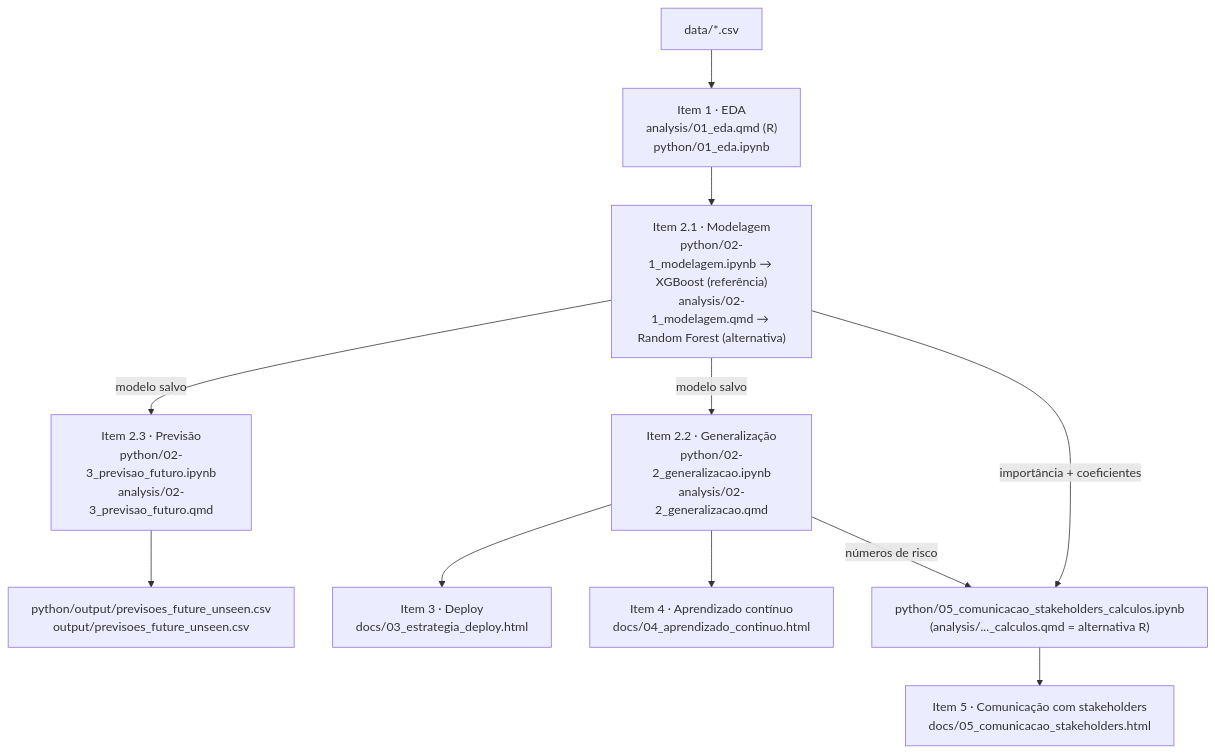
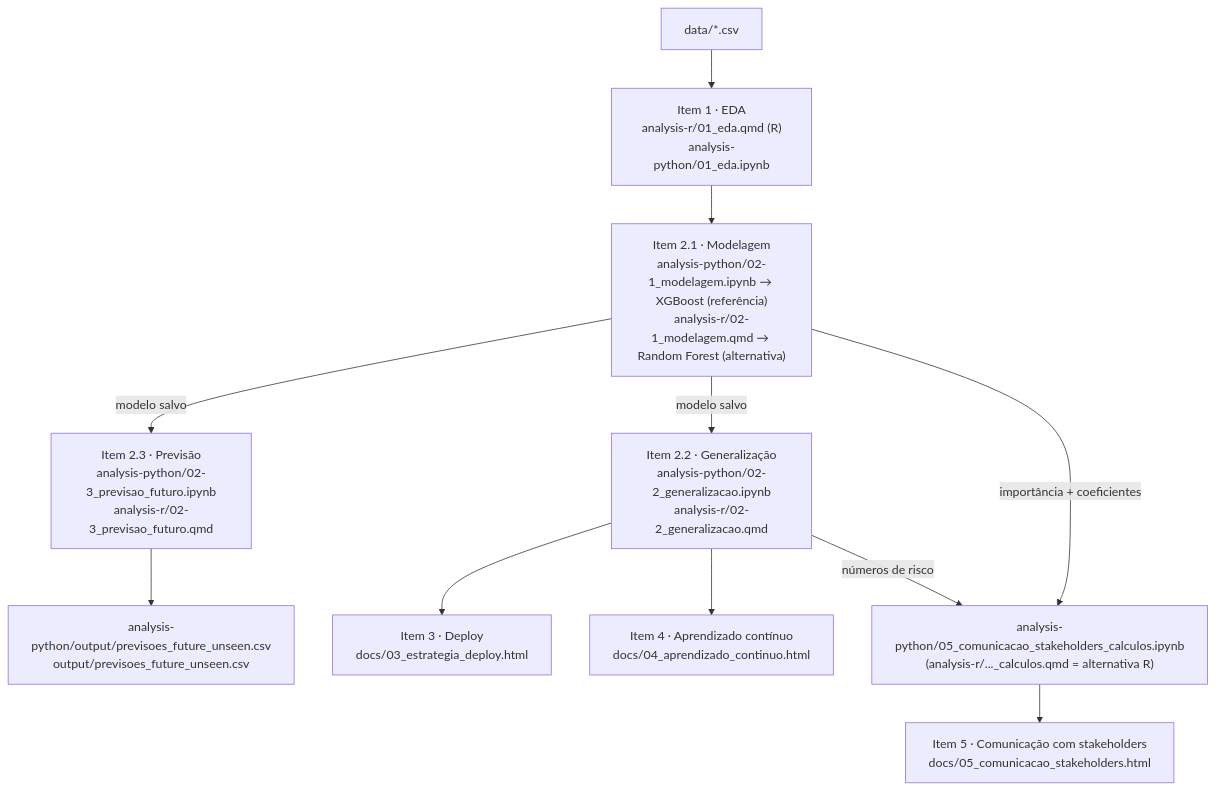
One commit to dmourasi/king-county-house-prices changed the diagram in resolução.md. Above: the diagram before and after it, drawn with Mermaid. The commit also changed other lines of this file and 34 other files, not shown here.

First line of the commit message:
Padroniza nomes das pastas de implementacao: analysis-r/ e analysis-python/

````diff
--- a/resolução.md
+++ b/resolução.md
@@ -20,13 +20,13 @@
 ```mermaid
 flowchart TD
-    DATA["data/*.csv"] --> EDA["Item 1 · EDA\nanalysis/01_eda.qmd (R)\npython/01_eda.ipynb"]
-    EDA --> MODEL["Item 2.1 · Modelagem\npython/02-1_modelagem.ipynb → XGBoost (referência)\nanalysis/02-1_modelagem.qmd → Random Forest (alternativa)"]
-    MODEL -->|modelo salvo| GEN["Item 2.2 · Generalização\npython/02-2_generalizacao.ipynb\nanalysis/02-2_generalizacao.qmd"]
-    MODEL -->|modelo salvo| PREV["Item 2.3 · Previsão\npython/02-3_previsao_futuro.ipynb\nanalysis/02-3_previsao_futuro.qmd"]
-    PREV --> OUT["python/output/previsoes_future_unseen.csv\noutput/previsoes_future_unseen.csv"]
+    DATA["data/*.csv"] --> EDA["Item 1 · EDA\nanalysis-r/01_eda.qmd (R)\nanalysis-python/01_eda.ipynb"]
+    EDA --> MODEL["Item 2.1 · Modelagem\nanalysis-python/02-1_modelagem.ipynb → XGBoost (referência)\nanalysis-r/02-1_modelagem.qmd → Random Forest (alternativa)"]
+    MODEL -->|modelo salvo| GEN["Item 2.2 · Generalização\nanalysis-python/02-2_generalizacao.ipynb\nanalysis-r/02-2_generalizacao.qmd"]
+    MODEL -->|modelo salvo| PREV["Item 2.3 · Previsão\nanalysis-python/02-3_previsao_futuro.ipynb\nanalysis-r/02-3_previsao_futuro.qmd"]
+    PREV --> OUT["analysis-python/output/previsoes_future_unseen.csv\noutput/previsoes_future_unseen.csv"]
     GEN --> DEPLOY["Item 3 · Deploy\ndocs/03_estrategia_deploy.html"]
     GEN --> LEARN["Item 4 · Aprendizado contínuo\ndocs/04_aprendizado_continuo.html"]
-    MODEL -->|importância + coeficientes| CALC["python/05_comunicacao_stakeholders_calculos.ipynb\n(analysis/..._calculos.qmd = alternativa R)"]
+    MODEL -->|importância + coeficientes| CALC["analysis-python/05_comunicacao_stakeholders_calculos.ipynb\n(analysis-r/..._calculos.qmd = alternativa R)"]
     GEN -->|números de risco| CALC
     CALC --> STAKE["Item 5 · Comunicação com stakeholders\ndocs/05_comunicacao_stakeholders.html"]
 ```
````
